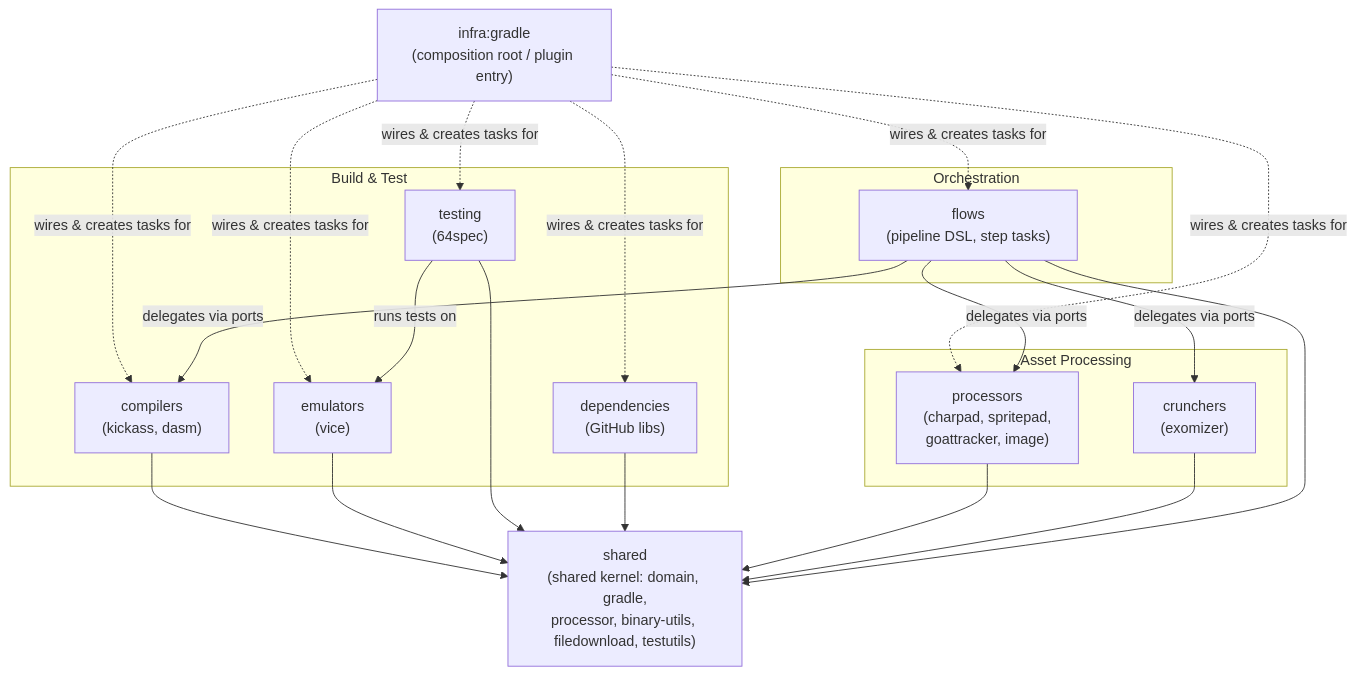
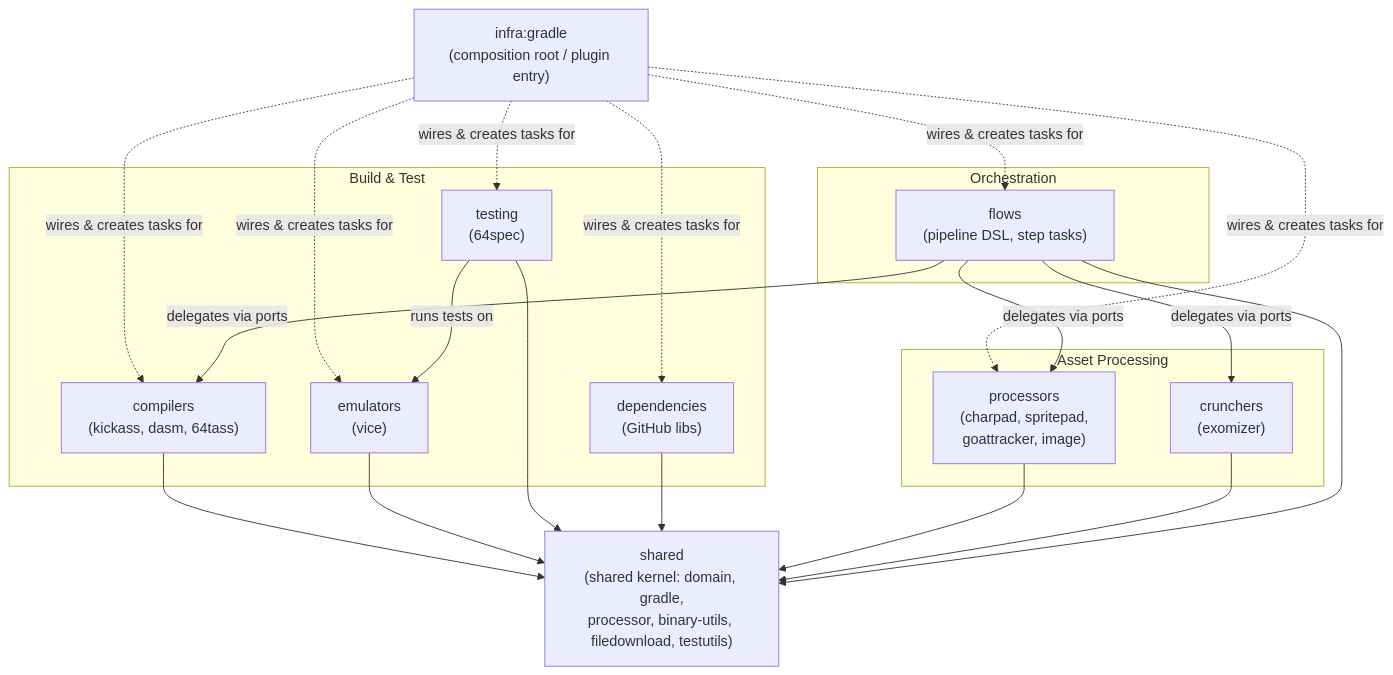
One commit to c64lib/gradle-retro-assembler-plugin changed the diagram in doc/arc42/05_building_block_view.md. Above: the diagram before and after it, drawn with Mermaid. The commit also changed other lines of this file and 35 other files, not shown here.

First line of the commit message:
Add 64tass (TASM) assembler support in compilers and flows domains

````diff
--- a/doc/arc42/05_building_block_view.md
+++ b/doc/arc42/05_building_block_view.md
@@ -9,43 +9,43 @@
 ```mermaid
 flowchart TB
     infra["infra:gradle<br/>(composition root / plugin entry)"]
 
     subgraph orchestration["Orchestration"]
         flows["flows<br/>(pipeline DSL, step tasks)"]
     end
 
     subgraph build["Build & Test"]
-        compilers["compilers<br/>(kickass, dasm)"]
+        compilers["compilers<br/>(kickass, dasm, 64tass)"]
         emulators["emulators<br/>(vice)"]
         testing["testing<br/>(64spec)"]
         dependencies["dependencies<br/>(GitHub libs)"]
     end
 
     subgraph assets["Asset Processing"]
         processors["processors<br/>(charpad, spritepad,<br/>goattracker, image)"]
         crunchers["crunchers<br/>(exomizer)"]
     end
 
     shared["shared<br/>(shared kernel: domain, gradle,<br/>processor, binary-utils, filedownload, testutils)"]
 
     infra -.->|wires & creates tasks for| flows
     infra -.->|wires & creates tasks for| compilers
     infra -.->|wires & creates tasks for| emulators
     infra -.->|wires & creates tasks for| testing
     infra -.->|wires & creates tasks for| dependencies
     infra -.->|wires & creates tasks for| processors
 
     flows -->|delegates via ports| processors
     flows -->|delegates via ports| crunchers
     flows -->|delegates via ports| compilers
 
     testing -->|runs tests on| emulators
 
     compilers --> shared
     emulators --> shared
     testing --> shared
     dependencies --> shared
     processors --> shared
     crunchers --> shared
     flows --> shared
 ```
````
